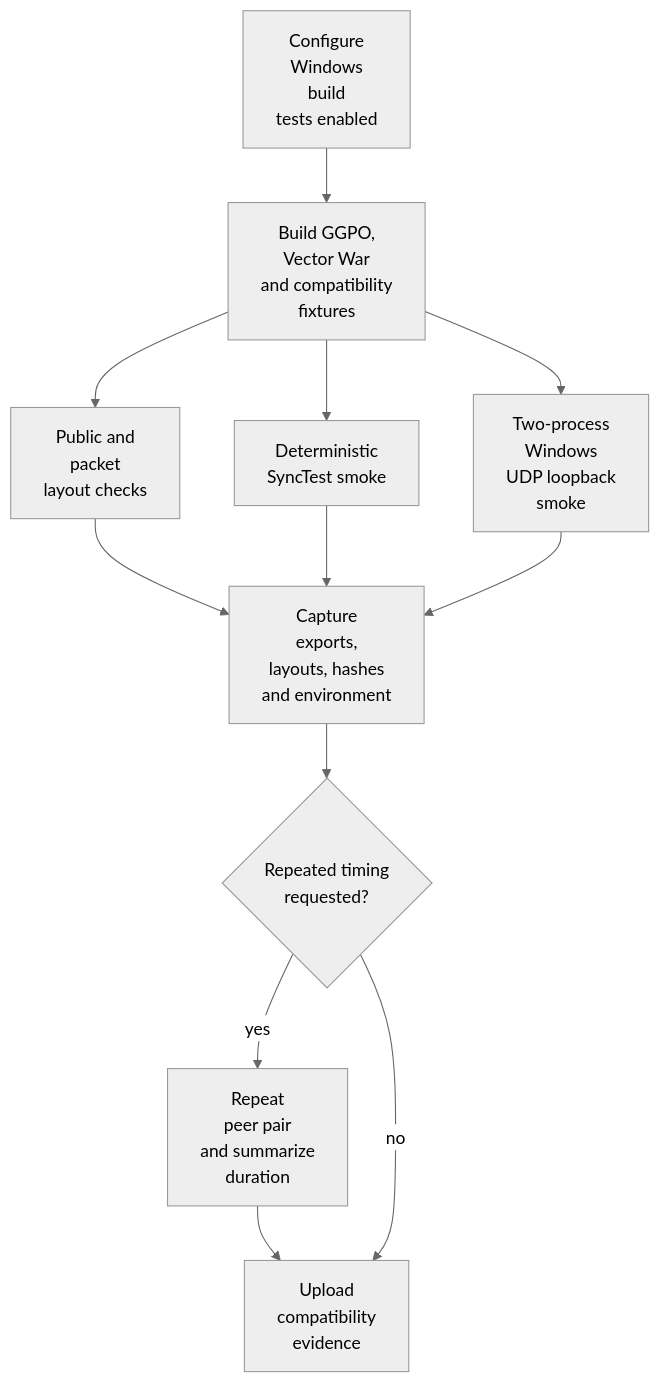
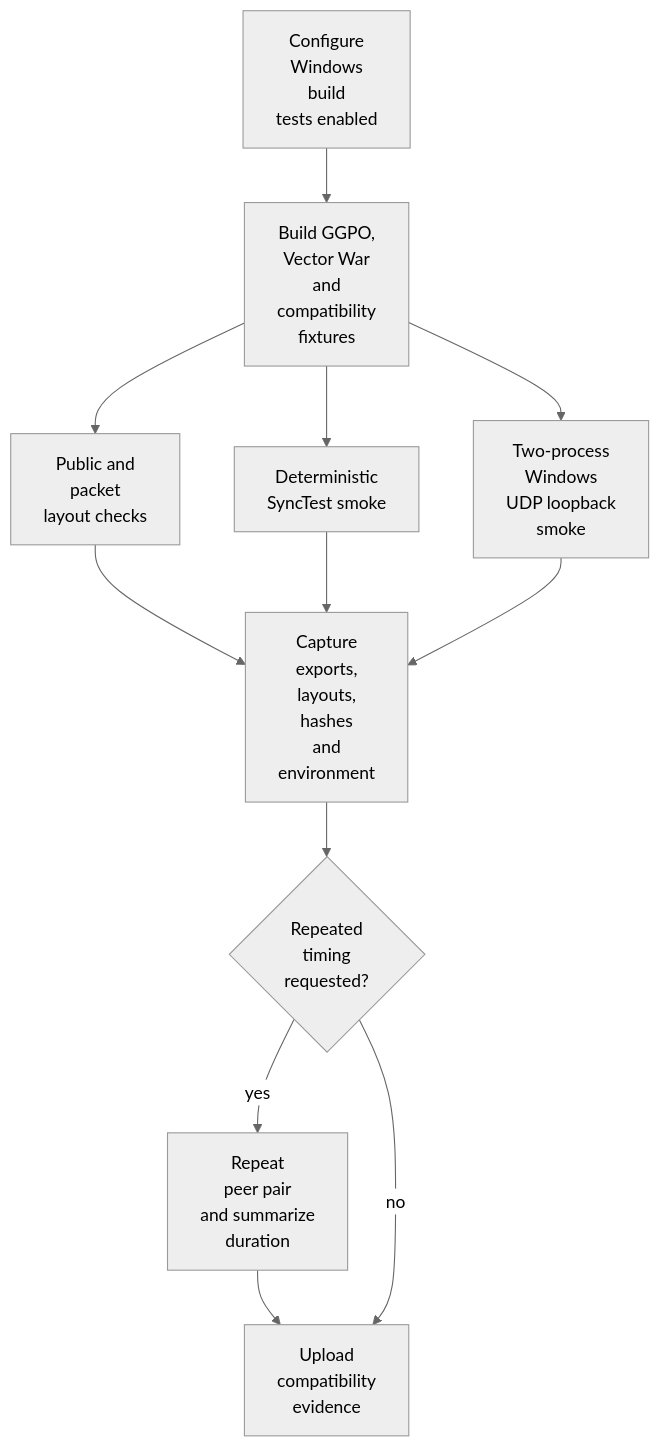
Before and after one commit to irregularthanis/ggpo-next: the first of 3 diagrams in doc/architecture/Testing.md, drawn with Mermaid (neutral theme). The commit also changed other lines of this file and 8 other files, not shown here.

Commit message:
docs: tighten all architecture diagram wrapping

````diff
--- a/doc/architecture/Testing.md
+++ b/doc/architecture/Testing.md
@@ -41,23 +41,23 @@
 ```mermaid
 flowchart TD
     Configure["Configure<br/>Windows<br/>build<br/>tests enabled"]
-    Build["Build GGPO,<br/>Vector War<br/>and compatibility<br/>fixtures"]
+    Build["Build GGPO,<br/>Vector War<br/>and<br/>compatibility<br/>fixtures"]
     Layout["Public and<br/>packet<br/>layout checks"]
     Sync["Deterministic<br/>SyncTest smoke"]
     Peers["Two-process<br/>Windows<br/>UDP loopback<br/>smoke"]
-    Capture["Capture<br/>exports,<br/>layouts, hashes<br/>and environment"]
-    Noise{"Repeated timing<br/>requested?"}
+    Capture["Capture<br/>exports,<br/>layouts,<br/>hashes<br/>and<br/>environment"]
+    Noise{"Repeated<br/>timing<br/>requested?"}
     Repeat["Repeat<br/>peer pair<br/>and summarize<br/>duration"]
     Evidence["Upload<br/>compatibility<br/>evidence"]
 
     Configure --> Build
     Build --> Layout
     Build --> Sync
     Build --> Peers
     Layout --> Capture
     Sync --> Capture
     Peers --> Capture
     Capture --> Noise
     Noise -->|"yes"| Repeat --> Evidence
     Noise -->|"no"| Evidence
 ```
````
